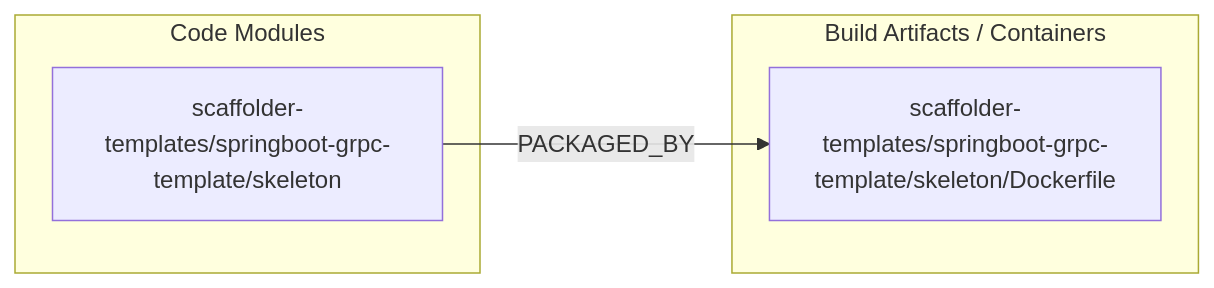
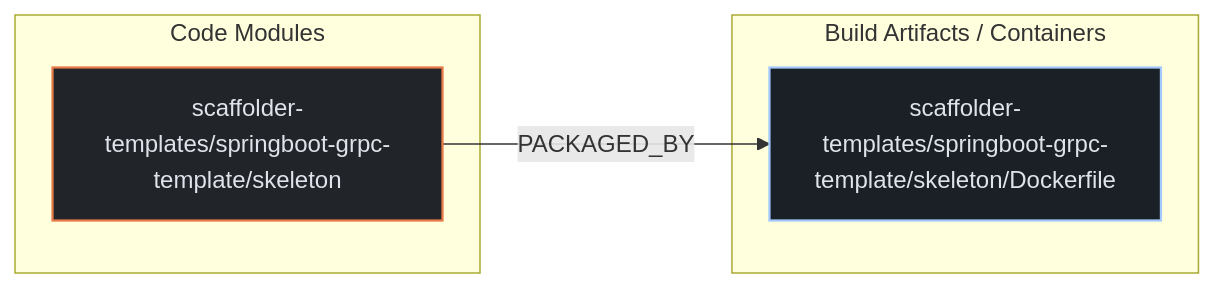
One commit to kumarshaz/atruss-code-atlas changed the second of 3 diagrams in exports/latest/reports/backstage-software-templates-report.md. Above: the diagram before and after it, drawn with Mermaid. The commit also changed other lines of this file and 331 other files, not shown here.

Commit message:
docs,ui,fix: update SDLC docs, reorder CI/CD DAG first, stylize Mermaid, and fix Arc42 pipeline topology

````diff
--- a/exports/latest/reports/backstage-software-templates-report.md
+++ b/exports/latest/reports/backstage-software-templates-report.md
@@ -121,10 +128,14 @@
 ```mermaid
 flowchart LR
+    classDef atlasCategory fill:#212428,stroke:#E87A48,stroke-width:1.5px,color:#dfe3eb
+    classDef atlasWorkflow fill:#1b2026,stroke:#a3c9ff,stroke-width:1.5px,color:#dfe3eb
+    classDef atlasJob fill:#171c22,stroke:#8d9199,stroke-width:1px,color:#dfe3eb
+    classDef atlasTarget fill:#005227,stroke:#8bd99b,stroke-width:1.5px,color:#a7f6b6
     subgraph code_modules["Code Modules"]
-        mod_scaffolder_templates_springboot_grpc_template_skeleton["scaffolder-templates/springboot-grpc-template/skeleton"]
+        mod_scaffolder_templates_springboot_grpc_template_skeleton["scaffolder-templates/springboot-grpc-template/skeleton"]:::atlasCategory
     end
     subgraph build_artifacts["Build Artifacts / Containers"]
-        art_scaffolder_templates_springboot_grpc_template_skeleton_Dockerfile["scaffolder-templates/springboot-grpc-template/skeleton/Dockerfile"]
+        art_scaffolder_templates_springboot_grpc_template_skeleton_Dockerfile["scaffolder-templates/springboot-grpc-template/skeleton/Dockerfile"]:::atlasWorkflow
     end
     mod_scaffolder_templates_springboot_grpc_template_skeleton -->|PACKAGED_BY| art_scaffolder_templates_springboot_grpc_template_skeleton_Dockerfile
 ```
````
